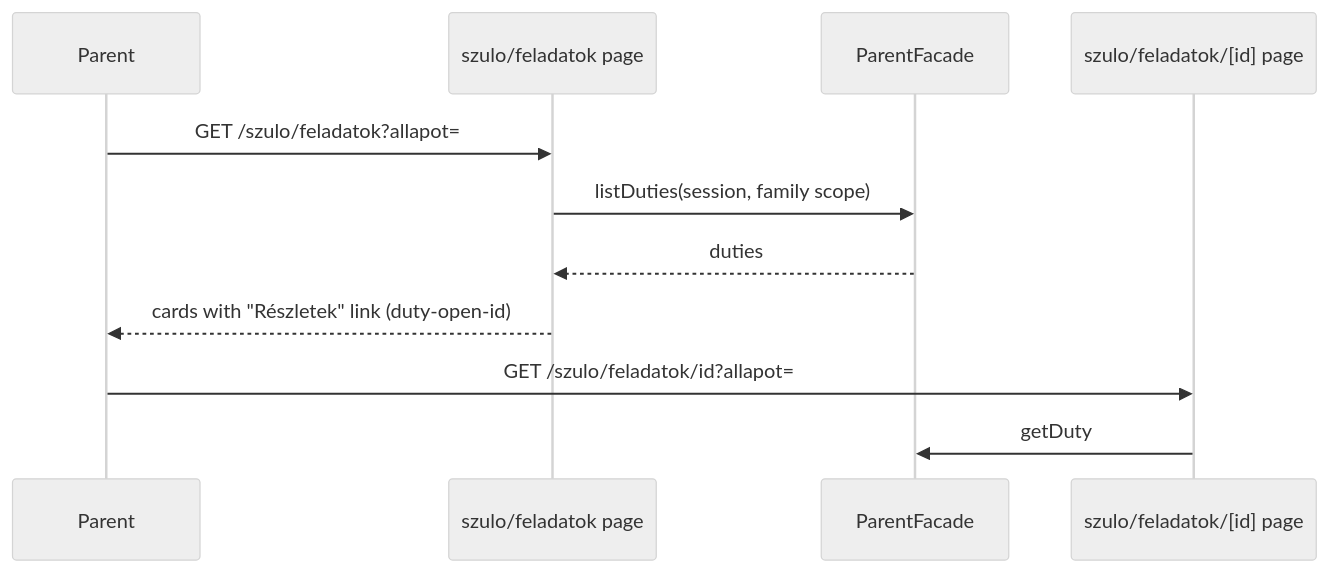
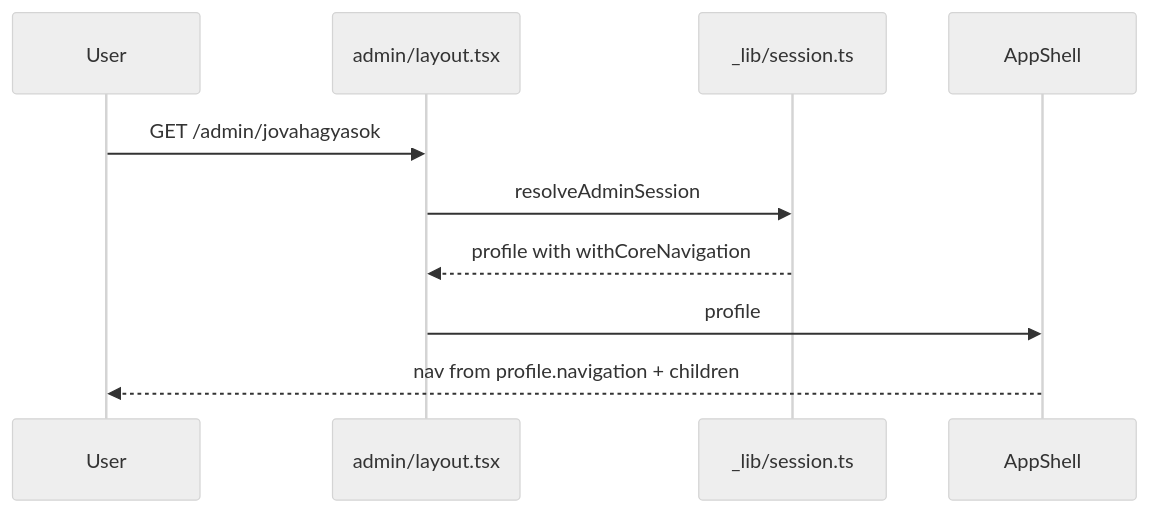
Before and after one commit to bbotond83/waldorf-community-task-manager: the third of 4 diagrams in aidlc/spaces/default/codekb/waldorf-community-task-manager/architecture.md, drawn with Mermaid (neutral theme). The commit also changed other lines of this file and 89 other files, not shown here.

````diff
--- a/aidlc/spaces/default/codekb/waldorf-community-task-manager/architecture.md
+++ b/aidlc/spaces/default/codekb/waldorf-community-task-manager/architecture.md
@@ -86,13 +71,12 @@
 ```mermaid
 sequenceDiagram
-  participant U as Parent
-  participant L as szulo/feladatok page
-  participant F as ParentFacade
-  participant D as szulo/feladatok/[id] page
-  U->>L: GET /szulo/feladatok?allapot=
-  L->>F: listDuties(session, family scope)
-  F-->>L: duties
-  L-->>U: cards with "Részletek" link (duty-open-id)
-  U->>D: GET /szulo/feladatok/id?allapot=
-  D->>F: getDuty
+  participant U as User
+  participant L as admin/layout.tsx
+  participant S as _lib/session.ts
+  participant A as AppShell
+  U->>L: GET /admin/jovahagyasok
+  L->>S: resolveAdminSession
+  S-->>L: profile with withCoreNavigation
+  L->>A: profile
+  A-->>U: nav from profile.navigation + children
 ```
````
